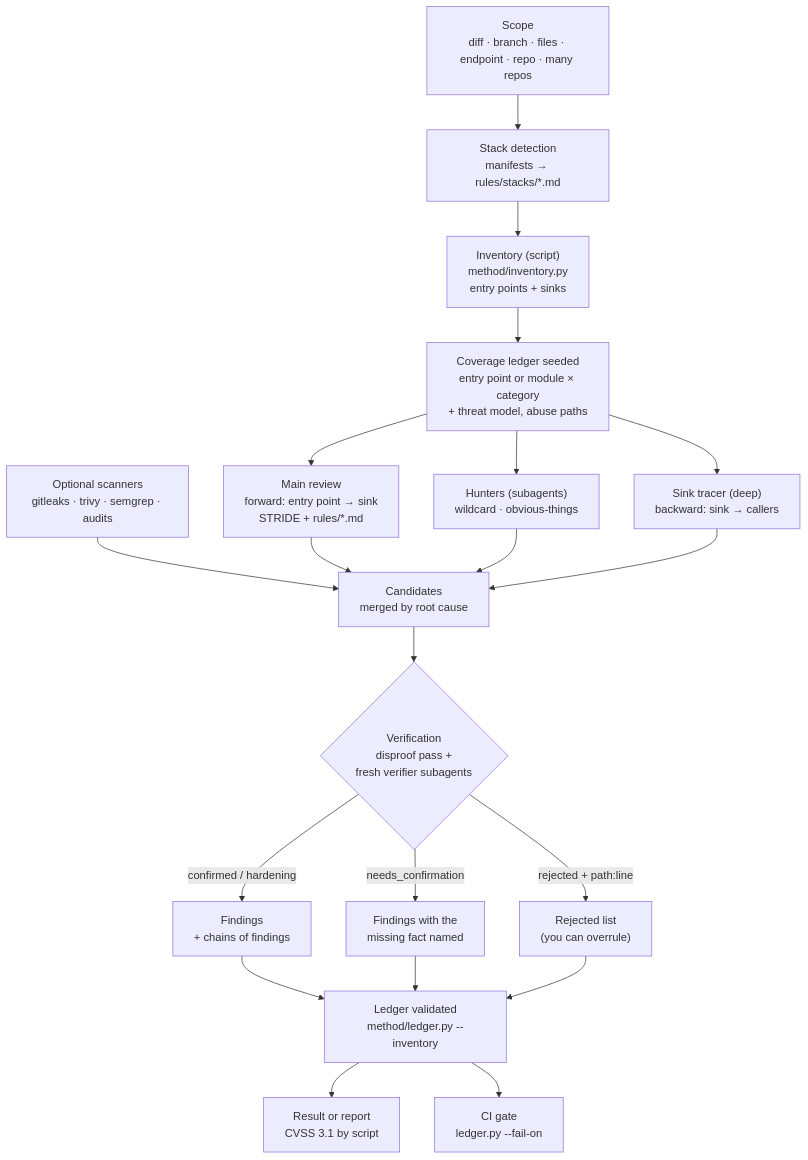
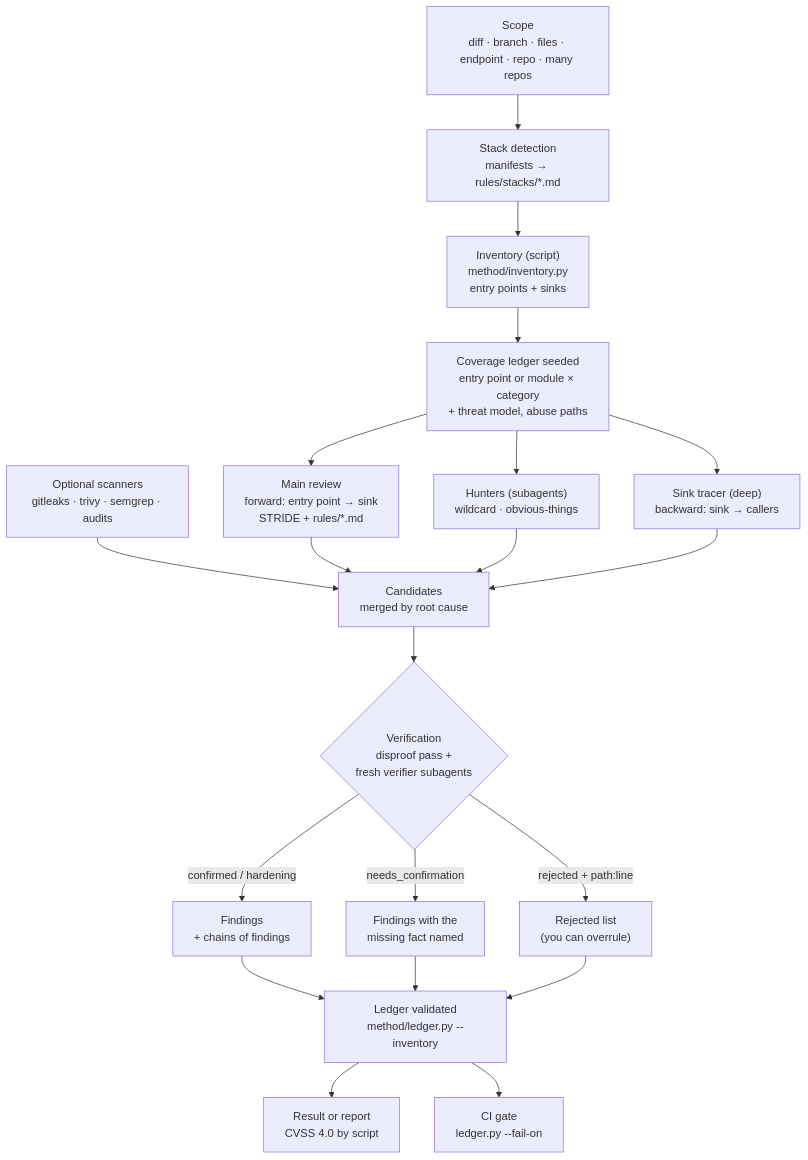
One commit to ibrahimabdallatif/appsec-review changed the diagram in docs/how-it-works.md. Above: the diagram before and after it, drawn with Mermaid. The commit also changed other lines of this file and 12 other files, not shown here.

Commit message:
Switch report scoring from CVSS 3.1 to CVSS 4.0

````diff
--- a/docs/how-it-works.md
+++ b/docs/how-it-works.md
@@ -6,22 +6,22 @@
 ```mermaid
 flowchart TD
     A["Scope<br/>diff · branch · files · endpoint · repo · many repos"] --> B["Stack detection<br/>manifests → rules/stacks/*.md"]
     B --> C["Inventory (script)<br/>method/inventory.py<br/>entry points + sinks"]
     C --> D["Coverage ledger seeded<br/>entry point or module × category<br/>+ threat model, abuse paths"]
     D --> E["Main review<br/>forward: entry point → sink<br/>STRIDE + rules/*.md"]
     D --> F["Hunters (subagents)<br/>wildcard · obvious-things"]
     D --> G["Sink tracer (deep)<br/>backward: sink → callers"]
     H["Optional scanners<br/>gitleaks · trivy · semgrep · audits"] --> I
     E --> I["Candidates<br/>merged by root cause"]
     F --> I
     G --> I
     I --> J{"Verification<br/>disproof pass +<br/>fresh verifier subagents"}
     J -->|confirmed / hardening| K["Findings<br/>+ chains of findings"]
     J -->|needs_confirmation| L["Findings with the<br/>missing fact named"]
     J -->|rejected + path:line| M["Rejected list<br/>(you can overrule)"]
     K --> N["Ledger validated<br/>method/ledger.py --inventory"]
     L --> N
     M --> N
-    N --> O["Result or report<br/>CVSS 3.1 by script"]
+    N --> O["Result or report<br/>CVSS 4.0 by script"]
     N --> P["CI gate<br/>ledger.py --fail-on"]
 ```
````
